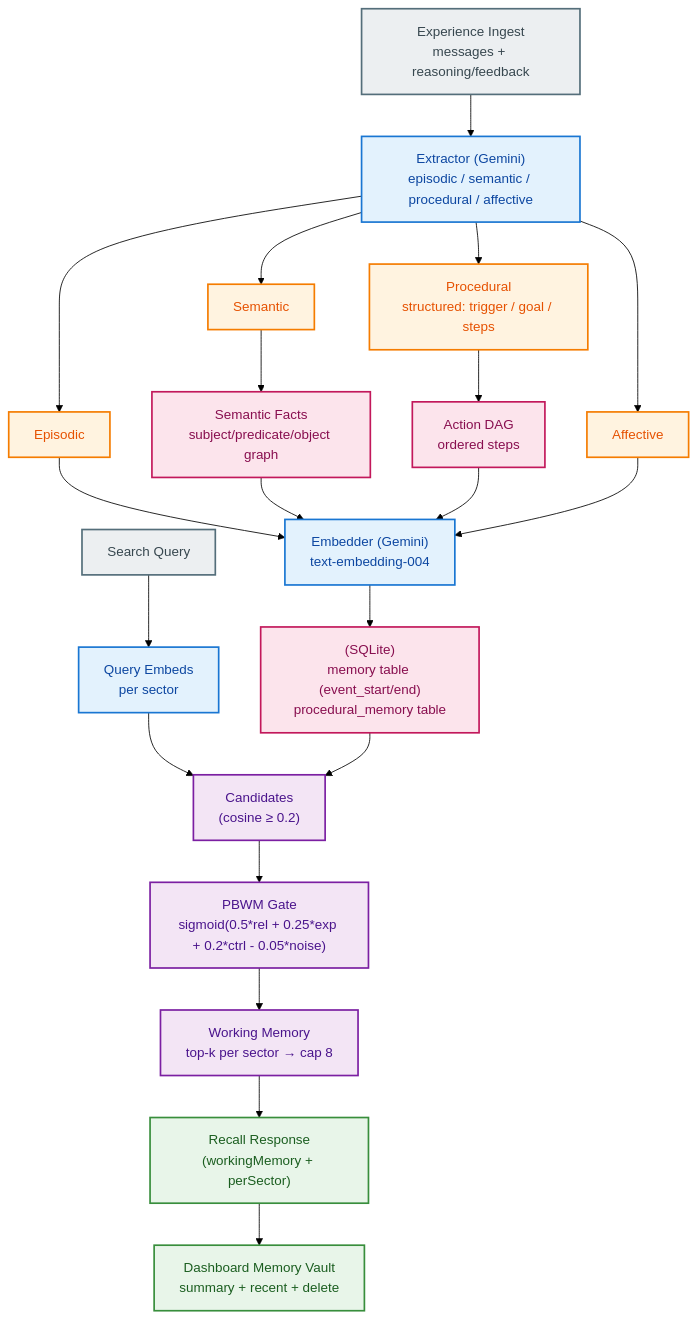
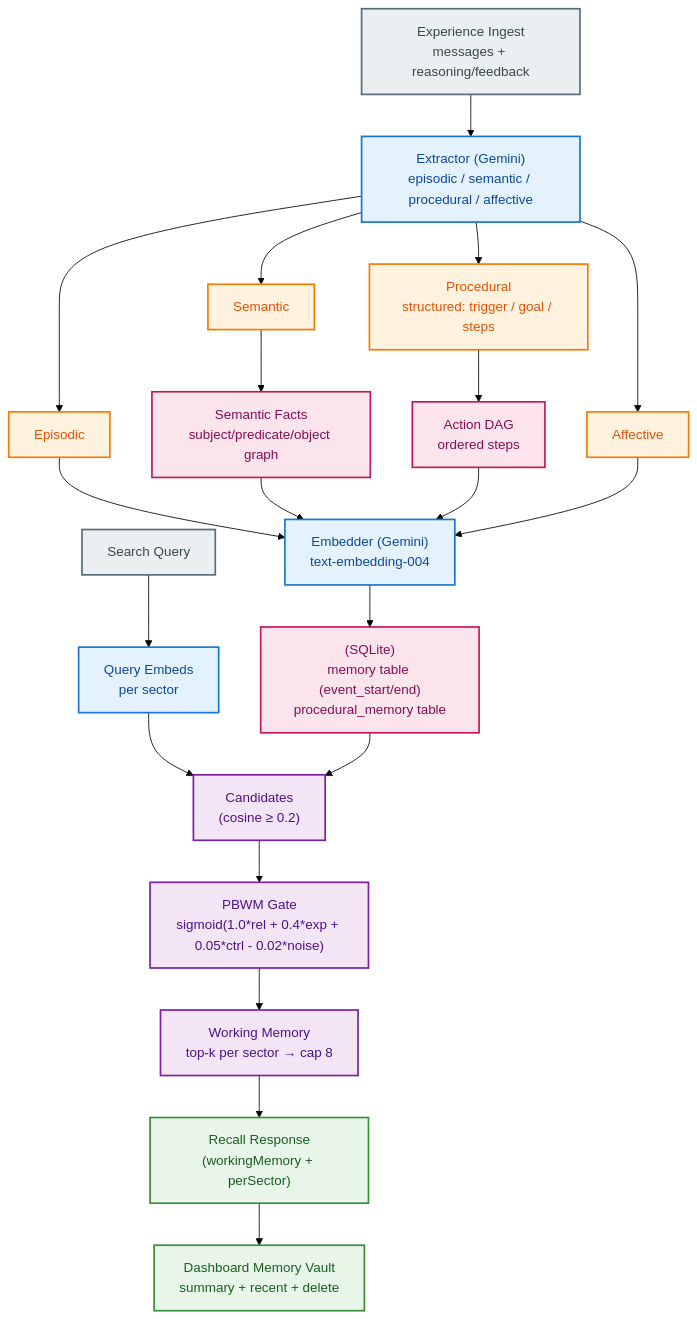
The diagram in memory/README.md (ekailabs/ekai-gateway), drawn with Mermaid (forest theme) before and after one commit. The commit also changed other lines of this file and 3 other files, not shown here.

````diff
--- a/memory/README.md
+++ b/memory/README.md
@@ -91,52 +91,52 @@
 ```mermaid
 graph TB
   classDef inputStyle fill:#eceff1,stroke:#546e7a,stroke-width:2px,color:#37474f
   classDef processStyle fill:#e3f2fd,stroke:#1976d2,stroke-width:2px,color:#0d47a1
   classDef sectorStyle fill:#fff3e0,stroke:#f57c00,stroke-width:2px,color:#e65100
   classDef storageStyle fill:#fce4ec,stroke:#c2185b,stroke-width:2px,color:#880e4f
   classDef engineStyle fill:#f3e5f5,stroke:#7b1fa2,stroke-width:2px,color:#4a148c
   classDef outputStyle fill:#e8f5e9,stroke:#388e3c,stroke-width:2px,color:#1b5e20
 
   EXP["Experience Ingest<br>messages + reasoning/feedback"]:::inputStyle
   EXTRACT["Extractor (Gemini)<br>episodic / semantic / procedural / affective"]:::processStyle
 
   EPISODIC["Episodic"]:::sectorStyle
   SEMANTIC["Semantic"]:::sectorStyle
   PROCEDURAL["Procedural<br>structured: trigger / goal / steps"]:::sectorStyle
   AFFECTIVE["Affective"]:::sectorStyle
 
   EMBED["Embedder (Gemini)<br>text-embedding-004"]:::processStyle
 
   STORE["(SQLite)<br>memory table (event_start/end)<br>procedural_memory table"]:::storageStyle
   FACTGRAPH["Semantic Facts<br>subject/predicate/object graph"]:::storageStyle
   STEPGRAPH["Action DAG<br>ordered steps"]:::storageStyle
 
   QUERY["Search Query"]:::inputStyle
   QEMBED["Query Embeds<br>per sector"]:::processStyle
   CANDIDATES["Candidates<br>(cosine ≥ 0.2)"]:::engineStyle
-  PBWM["PBWM Gate<br>sigmoid(0.5*rel + 0.25*exp + 0.2*ctrl - 0.05*noise)"]:::engineStyle
+  PBWM["PBWM Gate<br>sigmoid(1.0*rel + 0.4*exp + 0.05*ctrl - 0.02*noise)"]:::engineStyle
   WM["Working Memory<br>top-k per sector → cap 8"]:::engineStyle
 
   OUTPUT["Recall Response<br>(workingMemory + perSector)"]:::outputStyle
   UI["Dashboard Memory Vault<br>summary + recent + delete"]:::outputStyle
 
   EXP --> EXTRACT
   EXTRACT --> EPISODIC
   EXTRACT --> SEMANTIC
   EXTRACT --> PROCEDURAL
   EXTRACT --> AFFECTIVE
 
   EPISODIC --> EMBED
   SEMANTIC --> FACTGRAPH
   FACTGRAPH --> EMBED
   PROCEDURAL --> STEPGRAPH
   STEPGRAPH --> EMBED
   AFFECTIVE --> EMBED
 
   EMBED --> STORE
 
   QUERY --> QEMBED --> CANDIDATES --> PBWM --> WM --> OUTPUT
   STORE --> CANDIDATES
 
   OUTPUT --> UI
 ```
````
